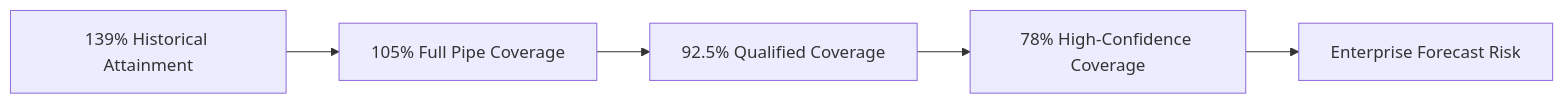
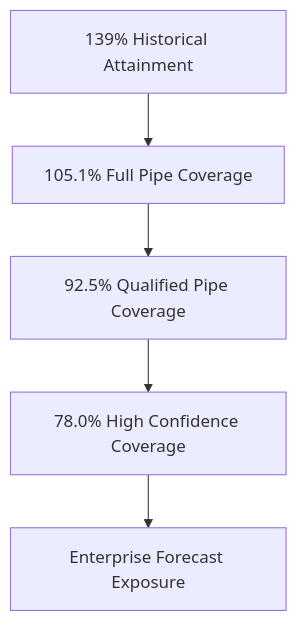
Before and after one commit to AwesomeAnil/newbridge-saas-operating-system: the second of 3 diagrams in README.md, drawn with Mermaid. The commit also changed other lines of this file, not shown here.

````diff
--- a/README.md
+++ b/README.md
@@ -190,9 +136,13 @@
 ```mermaid
-flowchart LR
+flowchart TD
 
 A[139% Historical Attainment]
---> B[105% Full Pipe Coverage]
---> C[92.5% Qualified Coverage]
---> D[78% High-Confidence Coverage]
---> E[Enterprise Forecast Risk]
+
+A --> B[105.1% Full Pipe Coverage]
+
+B --> C[92.5% Qualified Pipe Coverage]
+
+C --> D[78.0% High Confidence Coverage]
+
+D --> E[Enterprise Forecast Exposure]
 ```
````
